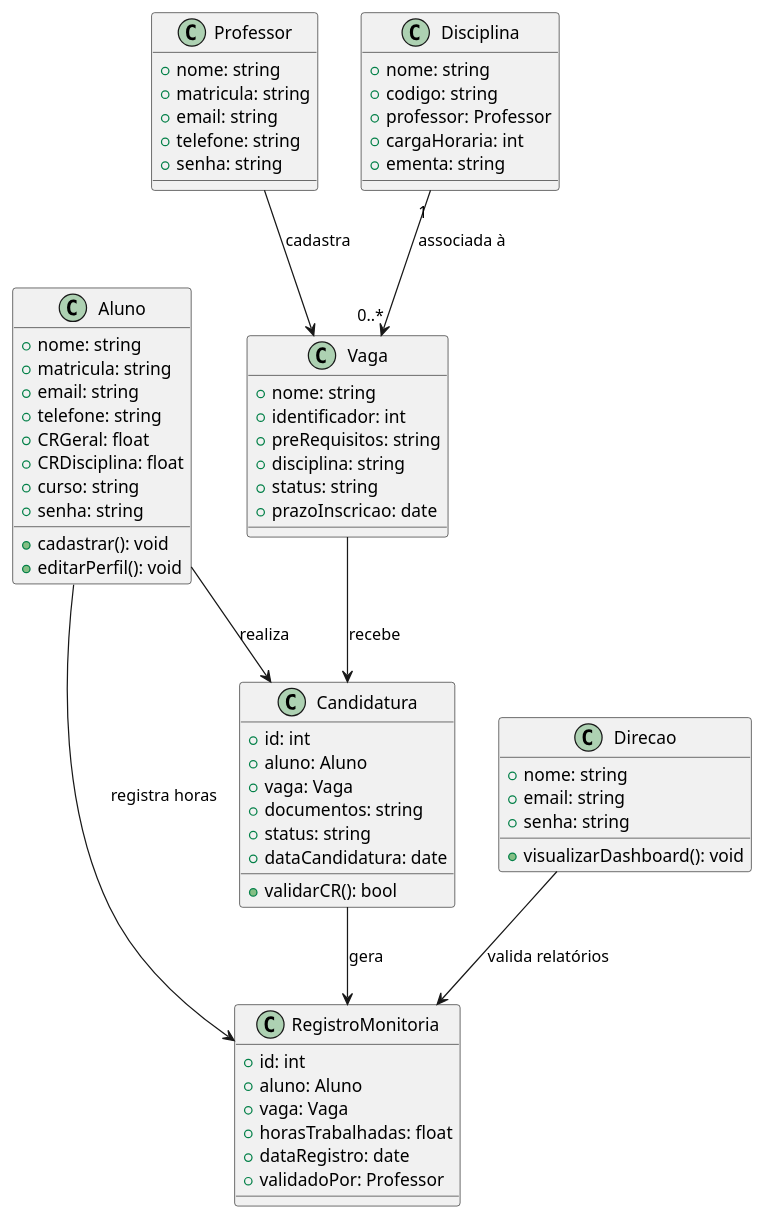
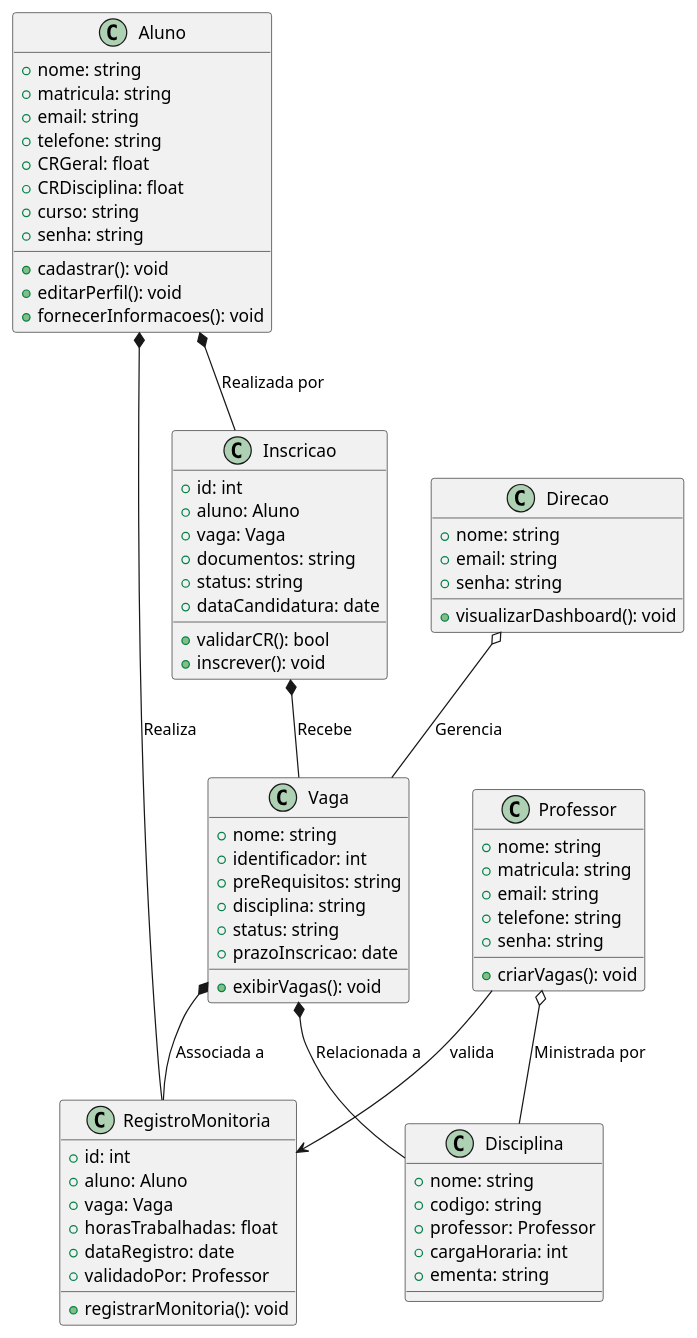
The diagram in docs/Elaboracao/diagramaclasse.puml (Projetos-de-Extensao/PBE_25.2_8004_II), drawn with PlantUML before and after one commit. The commit also changed 16 other files, not shown here.

Commit message:
ChangesToDiagram+Migration

```diff
--- a/docs/Elaboracao/diagramaclasse.puml
+++ b/docs/Elaboracao/diagramaclasse.puml
@@ -1,79 +1,85 @@
-@startuml
+@startuml DiagramaDeClasses
 '-----------------------------------
 ' Diagrama de Classes - Equipe Elon Musk
 ' Sistema de Monitoria IBMEC
 ' Elaborado por: Arthur Riess, Pedro Macedo, Felipe Maia e Yago Carvalho
 '-----------------------------------
 
 class Aluno {
     +nome: string
     +matricula: string
     +email: string
     +telefone: string
     +CRGeral: float
     +CRDisciplina: float
     +curso: string
     +senha: string
     +cadastrar(): void
     +editarPerfil(): void
+    +fornecerInformacoes(): void
 }
 
 class Professor {
     +nome: string
     +matricula: string
     +email: string
     +telefone: string
     +senha: string
+    +criarVagas(): void
 }
 
 class Direcao {
     +nome: string
     +email: string
     +senha: string
     +visualizarDashboard(): void
 }
 
 class Vaga {
     +nome: string
     +identificador: int
     +preRequisitos: string
     +disciplina: string
     +status: string
     +prazoInscricao: date
+    +exibirVagas(): void
 }
 
-class Candidatura {
+class Inscricao {
     +id: int
     +aluno: Aluno
     +vaga: Vaga
     +documentos: string
     +status: string
     +dataCandidatura: date
     +validarCR(): bool
+    +inscrever(): void
 }
 
 class RegistroMonitoria {
     +id: int
     +aluno: Aluno
     +vaga: Vaga
     +horasTrabalhadas: float
     +dataRegistro: date
     +validadoPor: Professor
+    +registrarMonitoria(): void
 }
 
 class Disciplina {
     +nome: string
     +codigo: string
     +professor: Professor
     +cargaHoraria: int
     +ementa: string
 }
 
-Aluno --> Candidatura: realiza
-Vaga --> Candidatura: recebe
-Professor --> Vaga: cadastra
-Candidatura --> RegistroMonitoria: gera
-Aluno --> RegistroMonitoria: registra horas
-Direcao --> RegistroMonitoria: valida relatórios
-Disciplina "1" --> "0..*" Vaga: associada à
+Aluno *-- Inscricao: Realizada por
+Inscricao *-- Vaga: Recebe
+Vaga *-- Disciplina: Relacionada a
+Professor o-- Disciplina: Ministrada por
+Aluno *-- RegistroMonitoria: Realiza
+Vaga *-- RegistroMonitoria: Associada a
+Professor --> RegistroMonitoria: valida
+Direcao o-- Vaga: Gerencia
 @enduml
```
